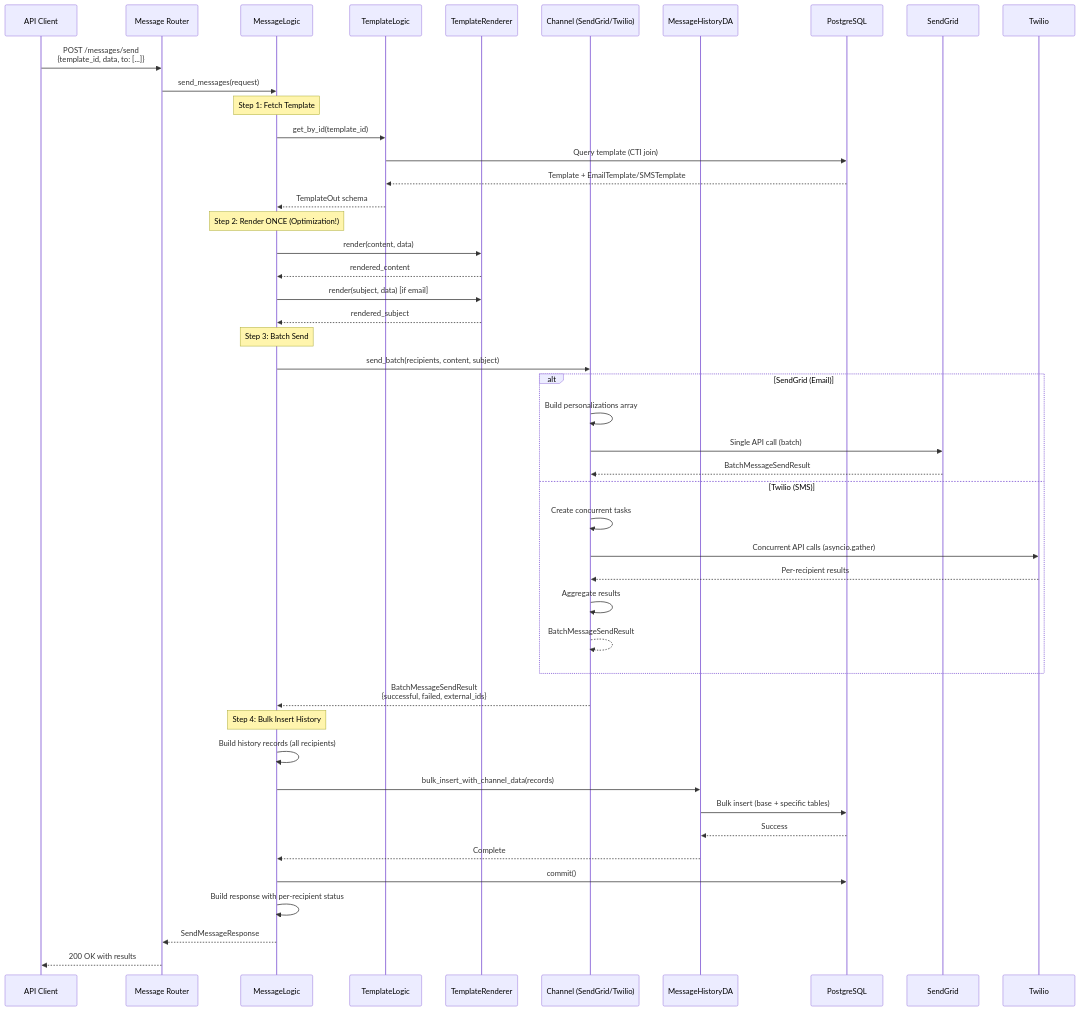
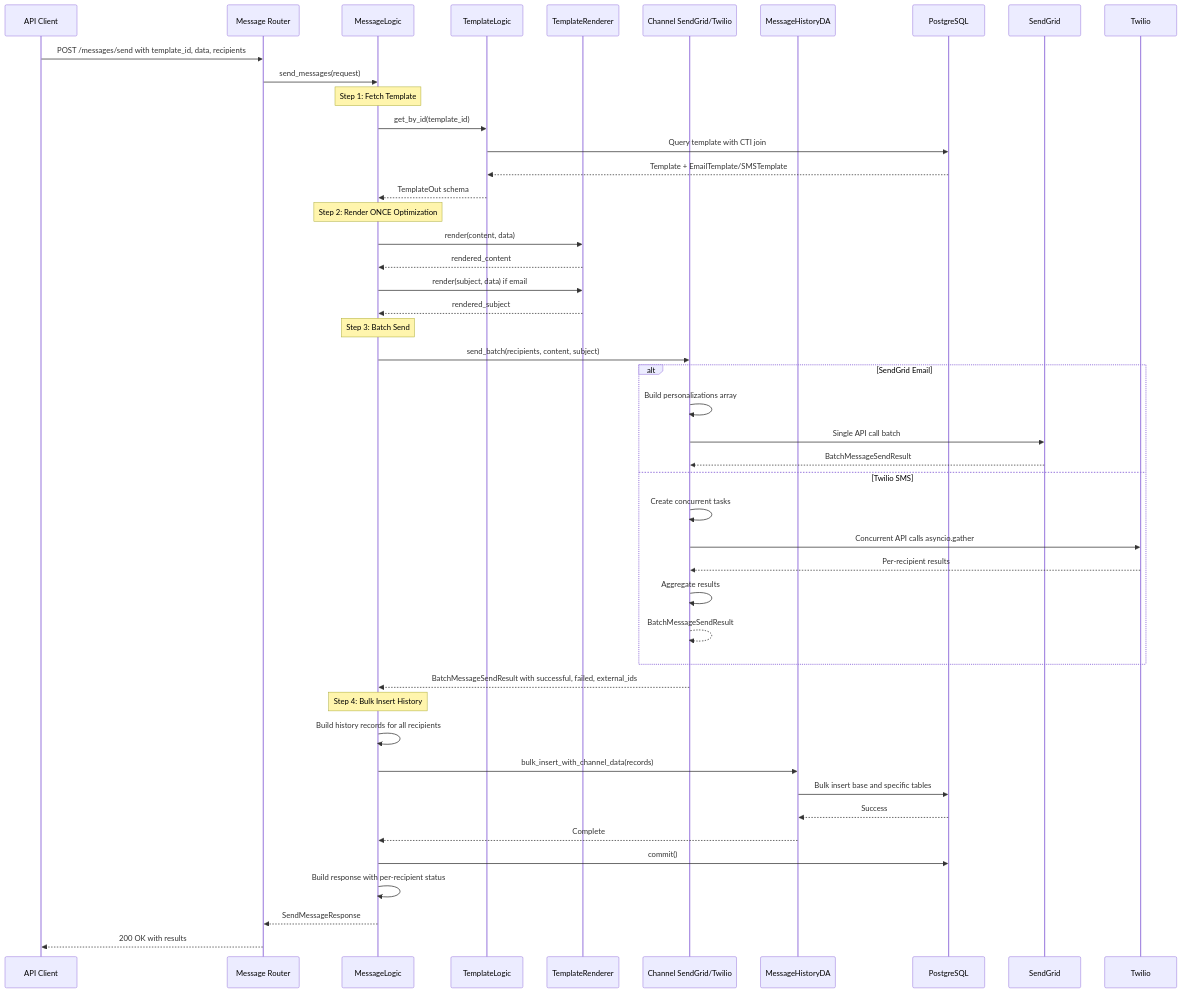
One commit to avivohayon/Communications-Templates-API changed the second of 4 diagrams in README.md. Above: the diagram before and after it, drawn with Mermaid. The commit also changed other lines of this file and 17 other files, not shown here.

````diff
--- a/README.md
+++ b/README.md
@@ -188,55 +188,55 @@
 ```mermaid
 sequenceDiagram
     participant Client as API Client
     participant API as Message Router
     participant Logic as MessageLogic
     participant TemplateLogic as TemplateLogic
     participant Renderer as TemplateRenderer
-    participant Channel as Channel (SendGrid/Twilio)
+    participant Channel as Channel SendGrid/Twilio
     participant History as MessageHistoryDA
     participant DB as PostgreSQL
     
-    Client->>API: POST /messages/send<br/>{template_id, data, to: [...]}
+    Client->>API: POST /messages/send with template_id, data, recipients
     API->>Logic: send_messages(request)
     
     Note over Logic: Step 1: Fetch Template
     Logic->>TemplateLogic: get_by_id(template_id)
-    TemplateLogic->>DB: Query template (CTI join)
+    TemplateLogic->>DB: Query template with CTI join
     DB-->>TemplateLogic: Template + EmailTemplate/SMSTemplate
     TemplateLogic-->>Logic: TemplateOut schema
     
-    Note over Logic: Step 2: Render ONCE (Optimization!)
+    Note over Logic: Step 2: Render ONCE Optimization
     Logic->>Renderer: render(content, data)
     Renderer-->>Logic: rendered_content
-    Logic->>Renderer: render(subject, data) [if email]
+    Logic->>Renderer: render(subject, data) if email
     Renderer-->>Logic: rendered_subject
     
     Note over Logic: Step 3: Batch Send
     Logic->>Channel: send_batch(recipients, content, subject)
     
-    alt SendGrid (Email)
+    alt SendGrid Email
         Channel->>Channel: Build personalizations array
-        Channel->>SendGrid: Single API call (batch)
+        Channel->>SendGrid: Single API call batch
         SendGrid-->>Channel: BatchMessageSendResult
-    else Twilio (SMS)
+    else Twilio SMS
         Channel->>Channel: Create concurrent tasks
-        Channel->>Twilio: Concurrent API calls (asyncio.gather)
+        Channel->>Twilio: Concurrent API calls asyncio.gather
         Twilio-->>Channel: Per-recipient results
         Channel->>Channel: Aggregate results
         Channel-->>Channel: BatchMessageSendResult
     end
     
-    Channel-->>Logic: BatchMessageSendResult<br/>{successful, failed, external_ids}
+    Channel-->>Logic: BatchMessageSendResult with successful, failed, external_ids
     
     Note over Logic: Step 4: Bulk Insert History
-    Logic->>Logic: Build history records (all recipients)
+    Logic->>Logic: Build history records for all recipients
     Logic->>History: bulk_insert_with_channel_data(records)
-    History->>DB: Bulk insert (base + specific tables)
+    History->>DB: Bulk insert base and specific tables
     DB-->>History: Success
     History-->>Logic: Complete
     
     Logic->>DB: commit()
     Logic->>Logic: Build response with per-recipient status
     Logic-->>API: SendMessageResponse
     API-->>Client: 200 OK with results
 ```
````
